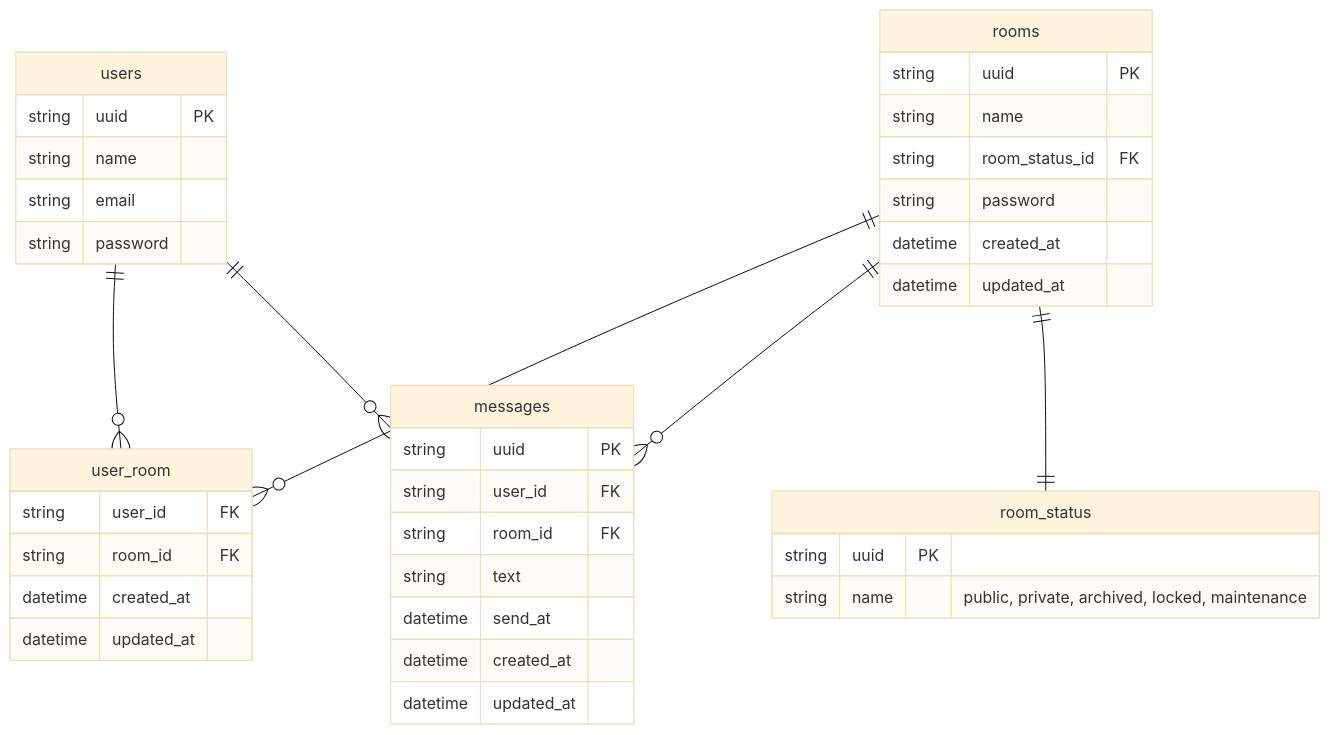
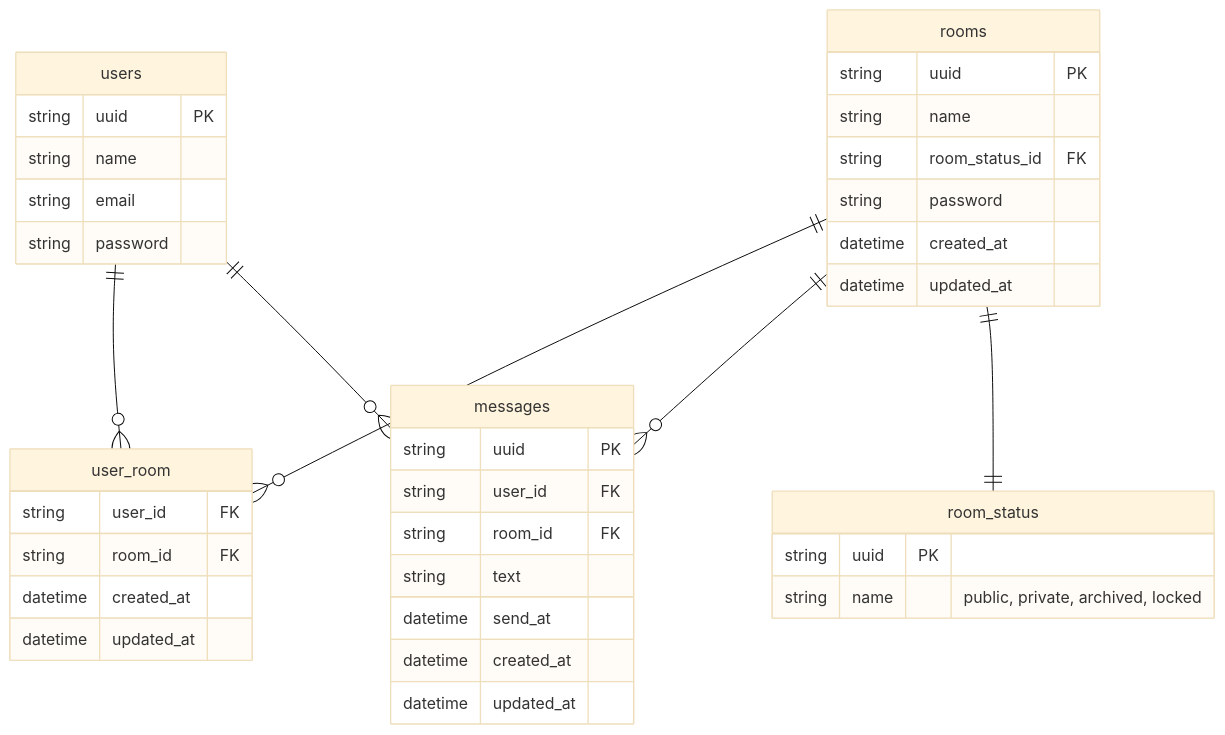
Before and after one commit to ShotaTanemura/ft_transcendence: the diagram in doc/er/pong_tables.md, drawn with Mermaid (base theme).

Commit message:
update: statusの変更

````diff
--- a/doc/er/pong_tables.md
+++ b/doc/er/pong_tables.md
@@ -3,48 +3,48 @@
 ```mermaid
 erDiagram
 
 users {
     string uuid PK
     string name
     string email
     string password
 }
 
 rooms {
     string uuid PK
     string name
     string room_status_id FK
     string password
     datetime created_at
     datetime updated_at
 }
 
 room_status {
     string uuid PK
-    string name "public, private, archived, locked, maintenance"
+    string name "public, private, archived, locked"
 }
 
 user_room {
     string user_id FK
     string room_id FK
     datetime created_at
     datetime updated_at
 }
 
 messages {
     string uuid PK
     string user_id FK
     string room_id FK
     string text
     datetime send_at
     datetime created_at
     datetime updated_at
 }
 
 users ||--o{ user_room : ""
 rooms ||--o{ user_room : ""
 rooms ||--o{ messages : ""
 users ||--o{ messages : ""
 rooms ||--|| room_status : ""
 
 ```
````
